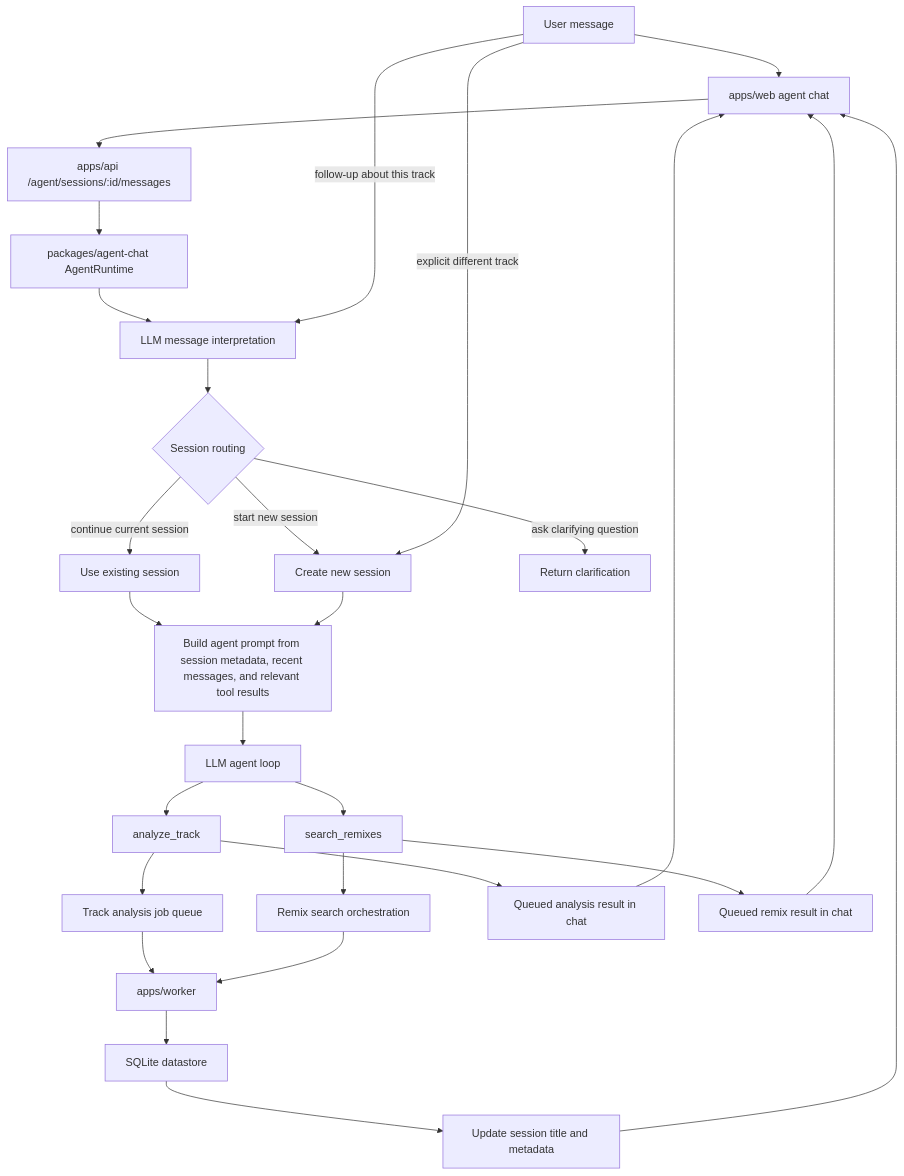
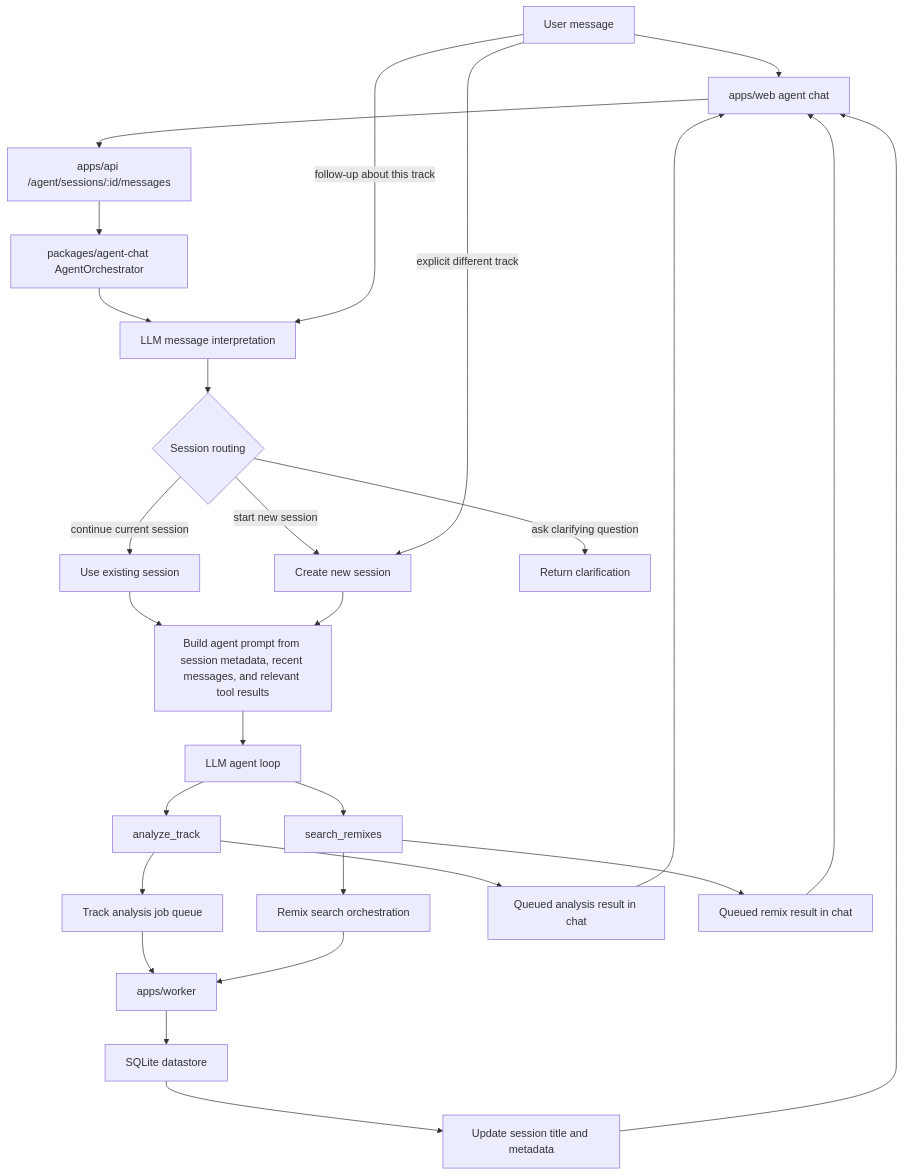
One commit to itaisinai/track-lab changed the diagram in docs/agent-workflow.md. Above: the diagram before and after it, drawn with Mermaid. The commit also changed 23 other files, not shown here.

````diff
--- a/docs/agent-workflow.md
+++ b/docs/agent-workflow.md
@@ -7,37 +7,37 @@
 ```mermaid
 flowchart TD
   U[User message] --> W[apps/web agent chat]
   W --> A[apps/api /agent/sessions/:id/messages]
-  A --> R[packages/agent-chat AgentRuntime]
+  A --> R[packages/agent-chat AgentOrchestrator]
 
   R --> I[LLM message interpretation]
   I --> S{Session routing}
   S -->|continue current session| C[Use existing session]
   S -->|start new session| N[Create new session]
   S -->|ask clarifying question| Q[Return clarification]
 
   C --> P[Build agent prompt from session metadata, recent messages, and relevant tool results]
   N --> P
   P --> L[LLM agent loop]
 
   L --> T1[analyze_track]
   L --> T2[search_remixes]
 
   T1 --> J[Track analysis job queue]
   T2 --> M[Remix search orchestration]
 
   J --> X[apps/worker]
   M --> X
 
   X --> D[SQLite datastore]
   D --> U1[Update session title and metadata]
   U1 --> W
 
   T1 --> U2[Queued analysis result in chat]
   T2 --> U3[Queued remix result in chat]
   U2 --> W
   U3 --> W
 
   U -->|follow-up about this track| I
   U -->|explicit different track| N
 ```
````
